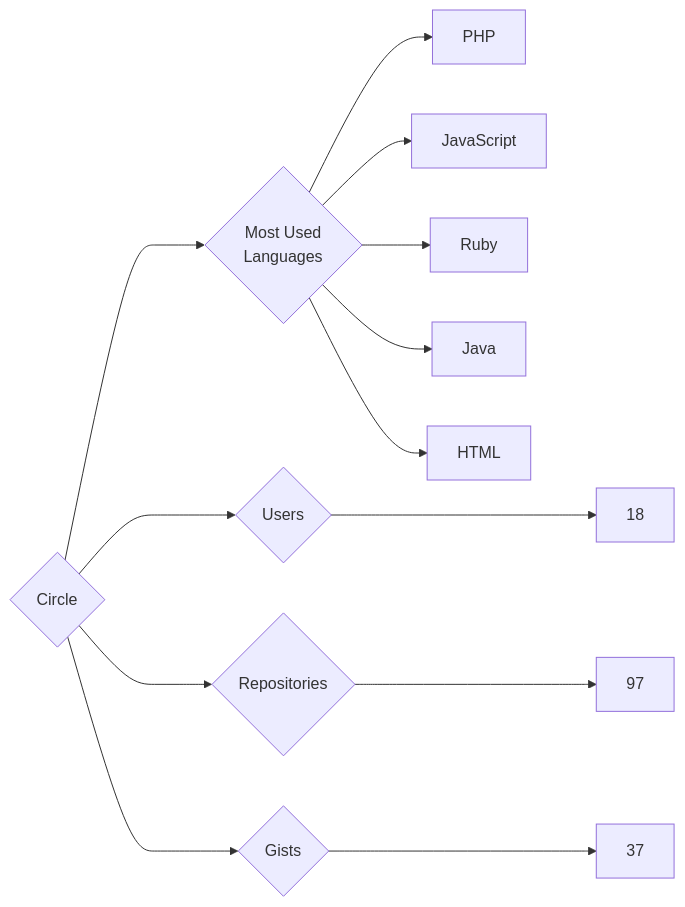
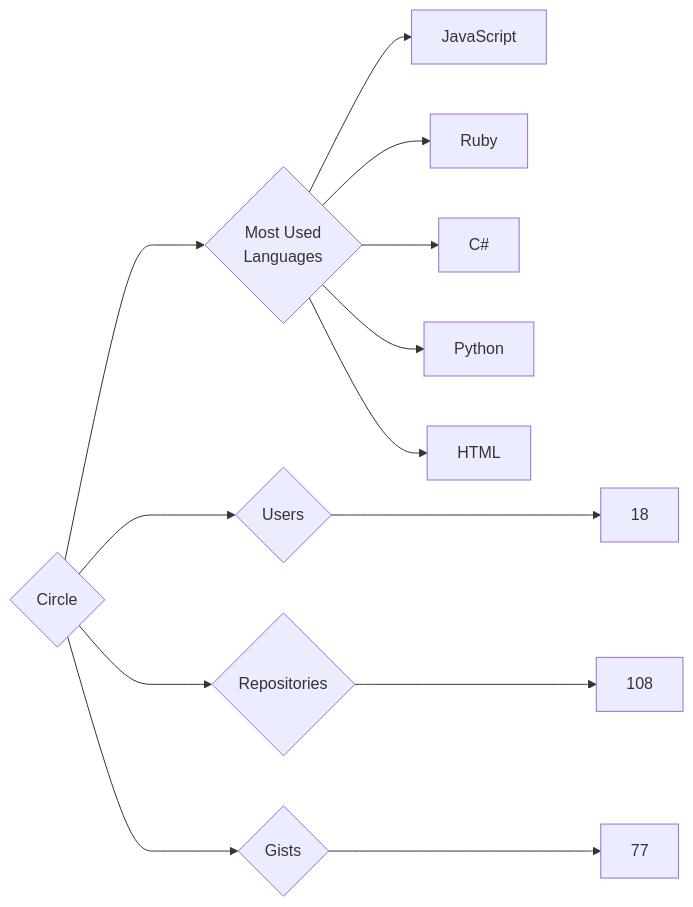
Before and after one commit to trickest/insiders: the diagram in targets/Circle/README.md, drawn with Mermaid. The commit also changed 872 other files, not shown here.

````diff
--- a/targets/Circle/README.md
+++ b/targets/Circle/README.md
@@ -3,13 +3,13 @@
 ```mermaid
 graph LR
 COMPANY_NAME{Circle}
 COMPANY_NAME ---> U{Users} ---> UN[18]
-COMPANY_NAME ---> R{Repositories} ---> RN[97]
-COMPANY_NAME ---> G{Gists} ---> GN[37]
+COMPANY_NAME ---> R{Repositories} ---> RN[108]
+COMPANY_NAME ---> G{Gists} ---> GN[77]
 COMPANY_NAME ---> ML{Most Used<br>Languages}
-ML --> PHP[PHP]
 ML --> JavaScript[JavaScript]
 ML --> Ruby[Ruby]
-ML --> Java[Java]
+ML --> C#[C#]
+ML --> Python[Python]
 ML --> HTML[HTML]
 ```
````
